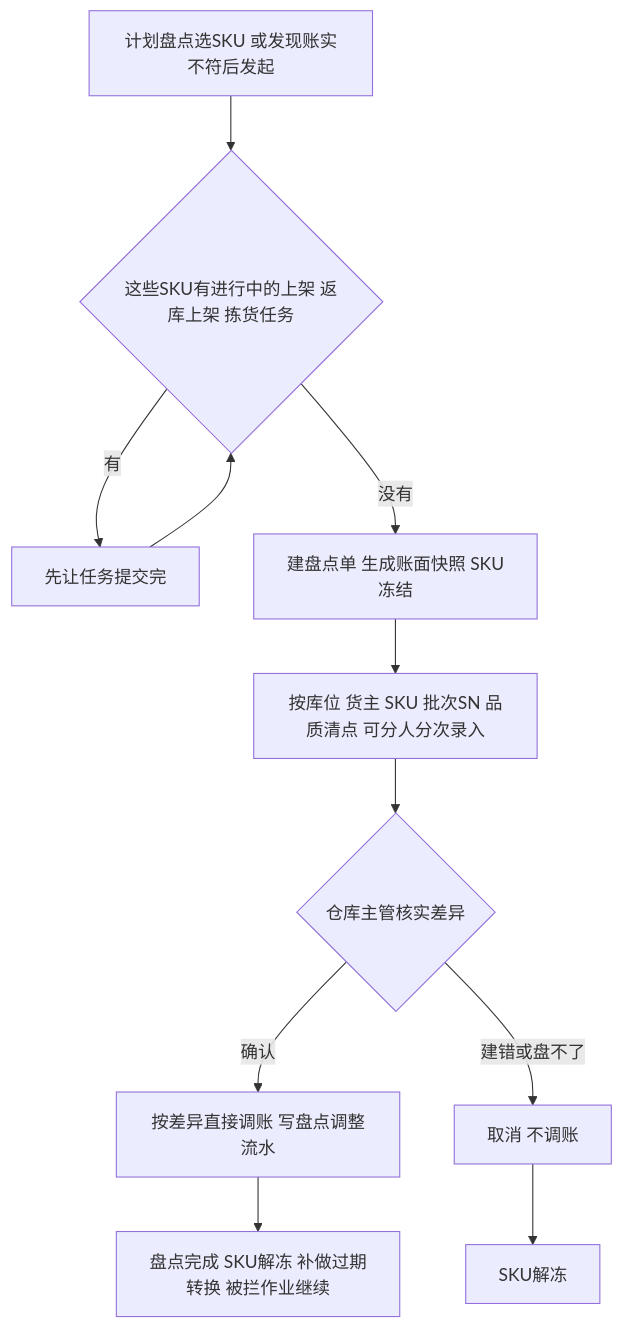
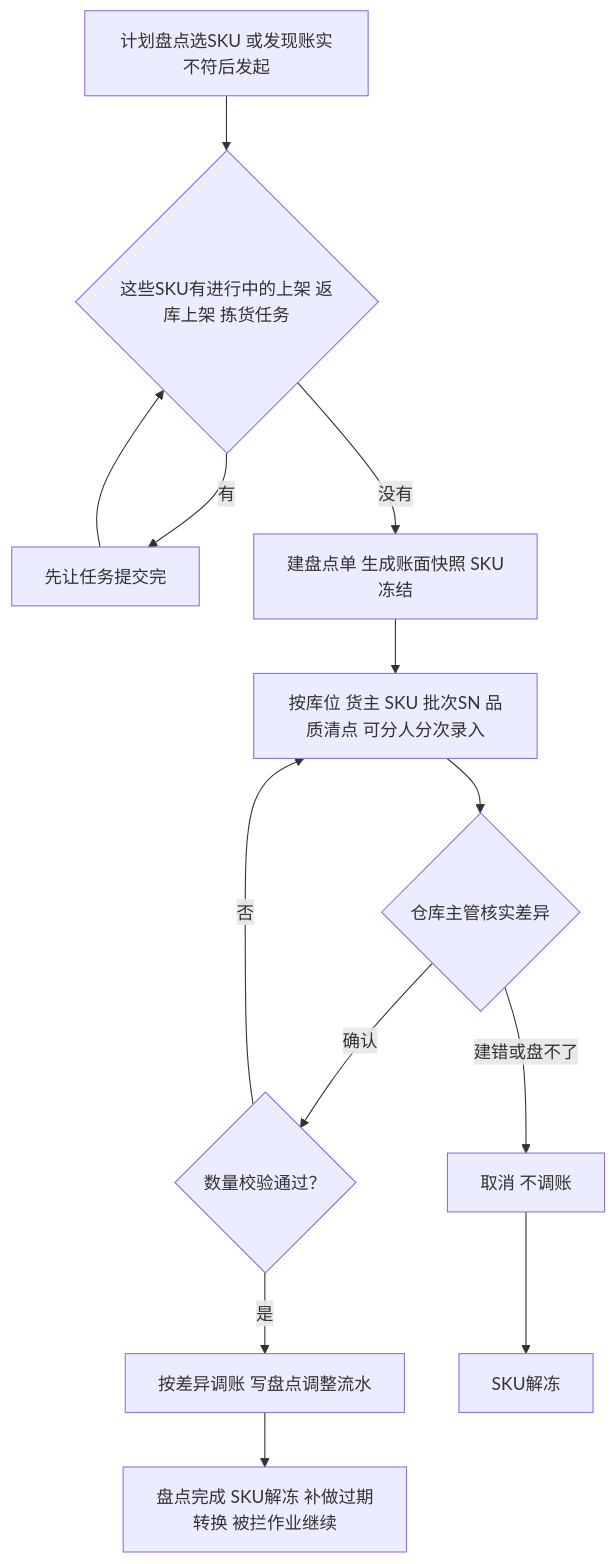
One commit to TopVitamin/QS-WMS-Project changed the diagram in 04-业务分析和设计/04-库存与库内业务设计.md. Above: the diagram before and after it, drawn with Mermaid. The commit also changed other lines of this file and 207 other files, not shown here.

````diff
--- a/04-业务分析和设计/04-库存与库内业务设计.md
+++ b/04-业务分析和设计/04-库存与库内业务设计.md
@@ -178,13 +178,15 @@
 ```mermaid
 flowchart TD
     A[计划盘点选SKU 或发现账实不符后发起] --> B{这些SKU有进行中的上架 返库上架 拣货任务}
     B -->|有| C[先让任务提交完]
     C --> B
     B -->|没有| D[建盘点单 生成账面快照 SKU冻结]
     D --> E[按库位 货主 SKU 批次SN 品质清点 可分人分次录入]
     E --> F{仓库主管核实差异}
-    F -->|确认| G[按差异直接调账 写盘点调整流水]
+    F -->|确认| K{数量校验通过？}
+    K -->|否| E
+    K -->|是| G[按差异调账 写盘点调整流水]
     F -->|建错或盘不了| H[取消 不调账]
     G --> I[盘点完成 SKU解冻 补做过期转换 被拦作业继续]
     H --> J[SKU解冻]
 ```
````
